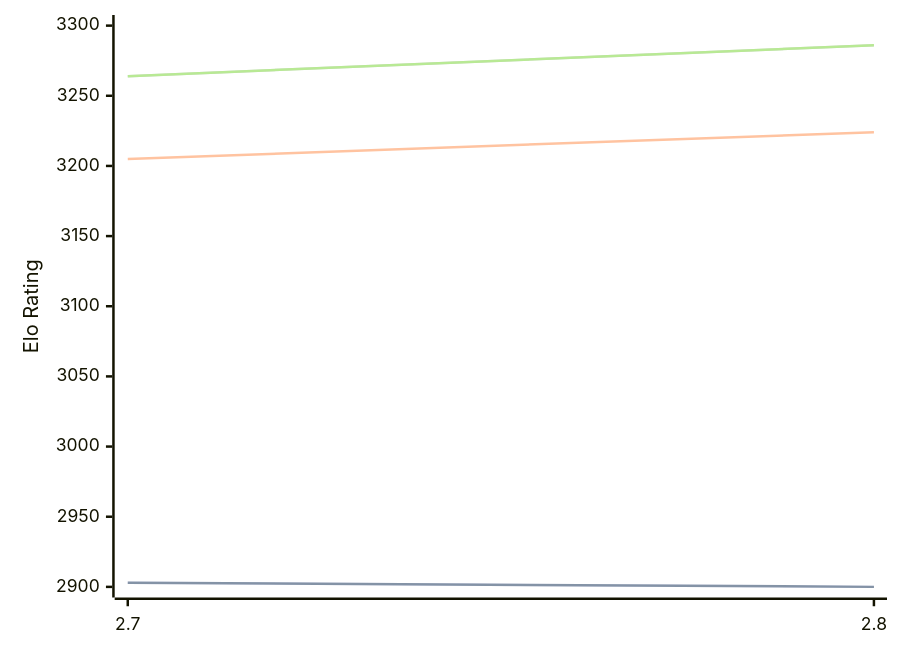
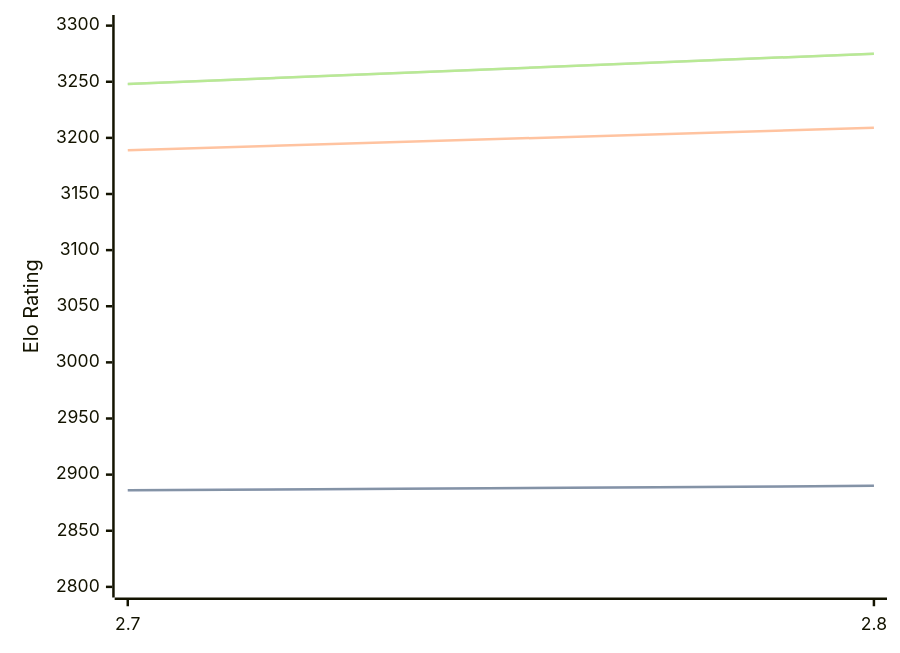
One commit to computer-chess-index/cci changed the diagram in engines/Arcanum.md. Above: the diagram before and after it, drawn with Mermaid. The commit also changed other lines of this file, not shown here.

Commit message:
Update CCI Ratings (ELO VLTC) - 2026-05-20

````diff
--- a/engines/Arcanum.md
+++ b/engines/Arcanum.md
@@ -44,11 +44,11 @@
 ```mermaid
 %%{init: {"theme":"base","themeVariables":{"seriesColors:['#a3a3a3','#222221','#faa371']}}}%%
 xychart-beta
   x-axis ["2.7", "2.8"]
-  y-axis "Elo Rating" 2900 --> 3300
-  line "STC (8.0+0.08s)" [2903, 2900]
-  line "STC (8.0+0.08s)" [2903, 2900]
-  line "LTC (60.0+0.60s)" [3205, 3224]
-  line "VLTC (2m24s+1.12s)" [3264, 3286]
-  line "VLTC (2m24s+1.12s)" [3264, 3286]
+  y-axis "Elo Rating" 2800 --> 3300
+  line "STC (8.0+0.08s)" [2886, 2890]
+  line "STC (8.0+0.08s)" [2886, 2890]
+  line "LTC (60.0+0.60s)" [3189, 3209]
+  line "VLTC (2m24s+1.12s)" [3248, 3275]
+  line "VLTC (2m24s+1.12s)" [3248, 3275]
 ```
````
